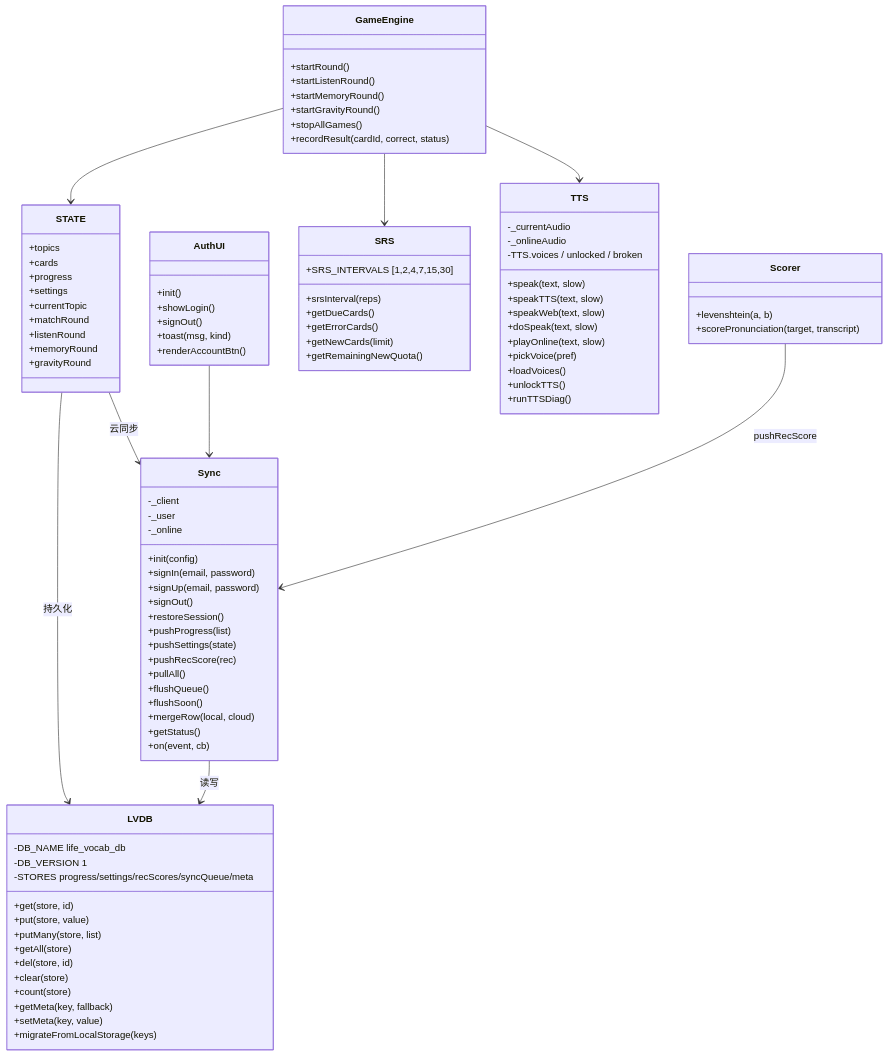
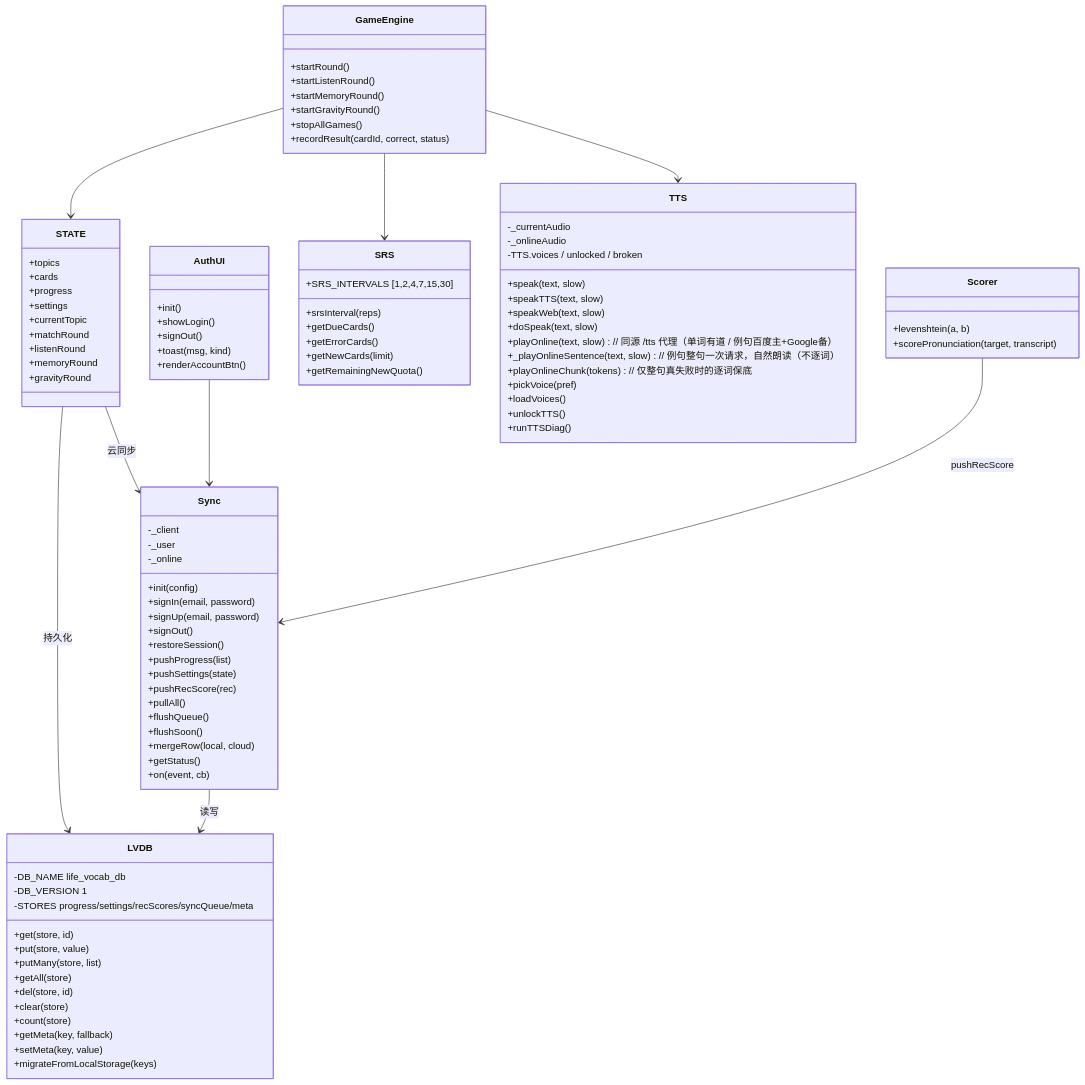
Before and after one commit to 17SiberianWolf/life-vocab-app: the first of 8 diagrams in docs/03-LLD-详细设计说明书.md, drawn with Mermaid. The commit also changed other lines of this file and 11 other files, not shown here.

```diff
--- a/docs/03-LLD-详细设计说明书.md
+++ b/docs/03-LLD-详细设计说明书.md
@@ -182,7 +182,9 @@
         +speakTTS(text, slow)
         +speakWeb(text, slow)
         +doSpeak(text, slow)
-        +playOnline(text, slow)
+        +playOnline(text, slow)        // 同源 /tts 代理（单词有道 / 例句百度主+Google备）
+        +_playOnlineSentence(text, slow)  // 例句整句一次请求，自然朗读（不逐词）
+        +playOnlineChunk(tokens)      // 仅整句真失败时的逐词保底
         +pickVoice(pref)
         +loadVoices()
         +unlockTTS()
```
